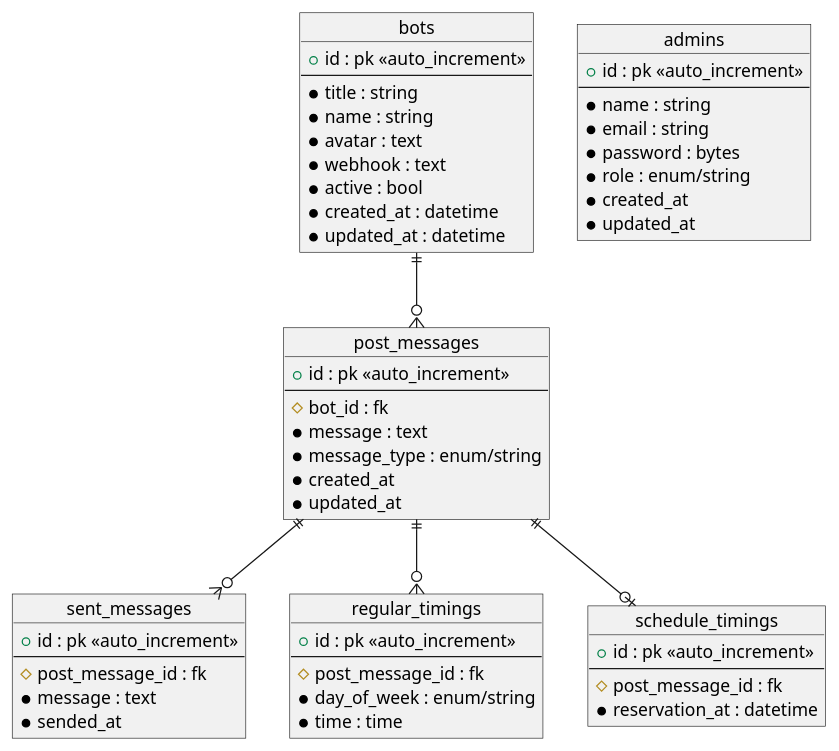
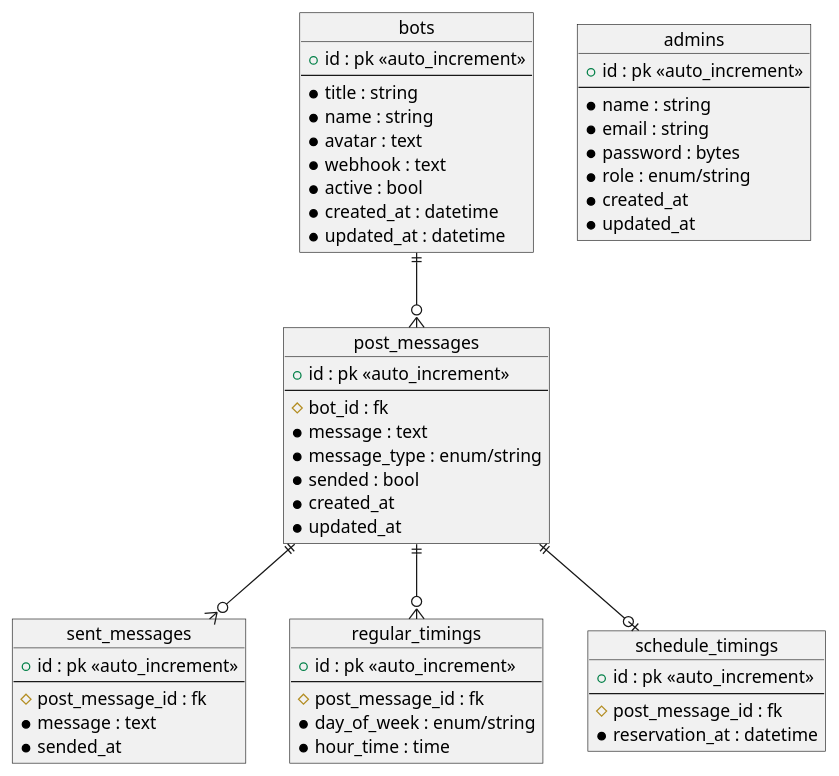
Before and after one commit to takemo101/dc-scheduler: the diagram in document/design/er.puml, drawn with PlantUML. The commit also changed 30 other files, not shown here.

```diff
--- a/document/design/er.puml
+++ b/document/design/er.puml
@@ -1,64 +1,65 @@
 @startuml er
 
 object bots {
     + id : pk <<auto_increment>>
     --
     * title : string
     * name : string
     * avatar : text
     * webhook : text
     * active : bool
     * created_at : datetime
     * updated_at : datetime
 }
 
 object post_messages {
     + id : pk <<auto_increment>>
     --
     # bot_id : fk
     * message : text
     * message_type : enum/string
+    * sended : bool
     * created_at
     * updated_at
 }
 
 object sent_messages {
     + id : pk <<auto_increment>>
     --
     # post_message_id : fk
     * message : text
     * sended_at
 }
 
 object regular_timings {
     + id : pk <<auto_increment>>
     --
     # post_message_id : fk
     * day_of_week : enum/string
-    * time : time
+    * hour_time : time
 }
 
 object schedule_timings {
     + id : pk <<auto_increment>>
     --
     # post_message_id : fk
     * reservation_at : datetime
 }
 
 
 object admins {
     + id : pk <<auto_increment>>
     --
     * name : string
     * email : string
     * password : bytes
     * role : enum/string
     * created_at
     * updated_at
 }
 
 bots ||--o{ post_messages
 post_messages ||--o{ regular_timings
 post_messages ||--o| schedule_timings
 post_messages ||--o{ sent_messages
 @enduml
```
